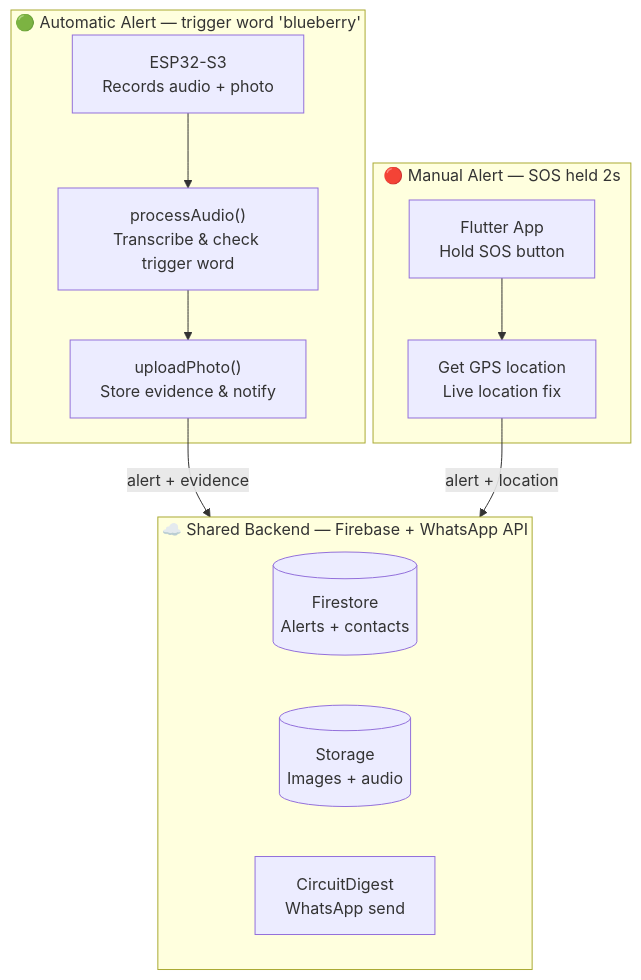
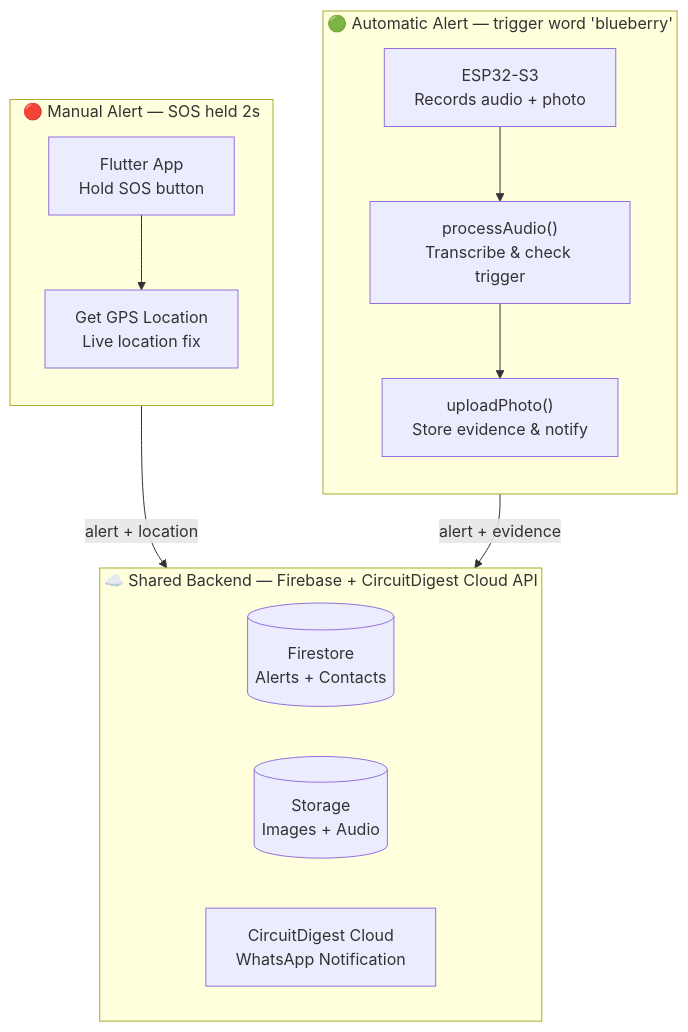
One commit to SubashreeT24/SheAlert changed the diagram in README.md. Above: the diagram before and after it, drawn with Mermaid. The commit also changed other lines of this file, not shown here.

Commit message:
Update API reference from CircuitDigest WhatsApp to Cloud

````diff
--- a/README.md
+++ b/README.md
@@ -63,24 +63,27 @@
 ```mermaid
 flowchart TD
     subgraph AUTO["🟢 Automatic Alert — trigger word 'blueberry'"]
-        A1["ESP32-S3\nRecords audio + photo"]
-        A2["processAudio()\nTranscribe & check trigger word"]
-        A3["uploadPhoto()\nStore evidence & notify"]
+        direction TB
+        A1["ESP32-S3<br/>Records audio + photo"]
+        A2["processAudio()<br/>Transcribe & check trigger"]
+        A3["uploadPhoto()<br/>Store evidence & notify"]
         A1 --> A2 --> A3
     end
 
     subgraph MANUAL["🔴 Manual Alert — SOS held 2s"]
-        M1["Flutter App\nHold SOS button"]
-        M2["Get GPS location\nLive location fix"]
+        direction TB
+        M1["Flutter App<br/>Hold SOS button"]
+        M2["Get GPS Location<br/>Live location fix"]
         M1 --> M2
     end
 
-    subgraph SHARED["☁️ Shared Backend — Firebase + WhatsApp API"]
-        F[("Firestore\nAlerts + contacts")]
-        S[("Storage\nImages + audio")]
-        C["CircuitDigest\nWhatsApp send"]
+    subgraph SHARED["☁️ Shared Backend — Firebase + CircuitDigest Cloud API"]
+        direction LR
+        F[("Firestore<br/>Alerts + Contacts")]
+        S[("Storage<br/>Images + Audio")]
+        C["CircuitDigest Cloud<br/>WhatsApp Notification"]
     end
 
     A3 -->|"alert + evidence"| SHARED
     M2 -->|"alert + location"| SHARED
 ```
````
